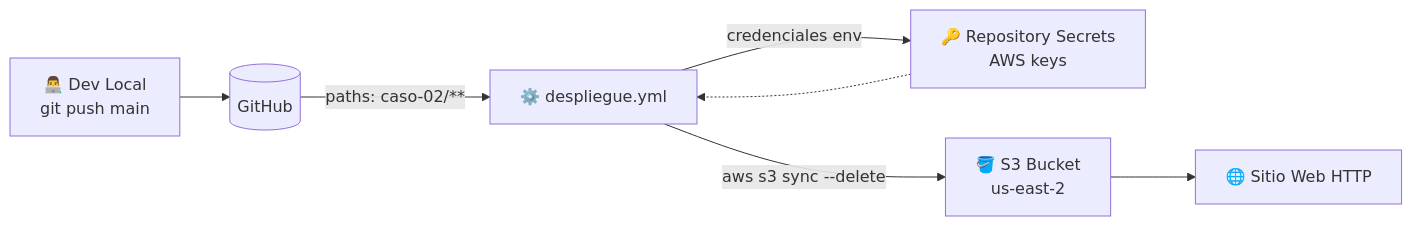
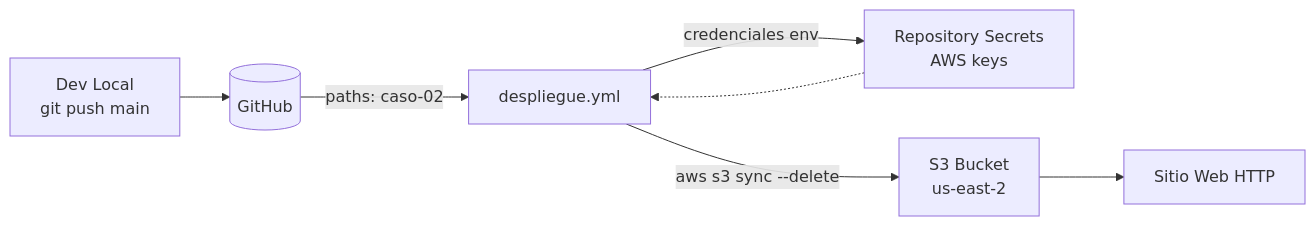
Before and after one commit to vladimiracunadev-create/proyectos-aws: the third of 12 diagrams in README.md, drawn with Mermaid. The commit also changed other lines of this file and 13 other files, not shown here.

First line of the commit message:
fix: corregir diagramas Mermaid + crear AWS_PASO_A_PASO para casos 01 y 02

````diff
--- a/README.md
+++ b/README.md
@@ -125,9 +126,9 @@
 ```mermaid
 flowchart LR
-    DEV[👨‍💻 Dev Local\ngit push main] --> GH[(GitHub)]
-    GH -->|paths: caso-02/**| WF[⚙️ despliegue.yml]
-    WF -->|credenciales env| SEC[🔑 Repository Secrets\nAWS keys]
+    DEV[Dev Local\ngit push main] --> GH[(GitHub)]
+    GH -->|paths: caso-02| WF[despliegue.yml]
+    WF -->|credenciales env| SEC[Repository Secrets\nAWS keys]
     SEC -.-> WF
-    WF -->|aws s3 sync --delete| S3[🪣 S3 Bucket\nus-east-2]
-    S3 --> WEB[🌐 Sitio Web HTTP]
+    WF -->|aws s3 sync --delete| S3[S3 Bucket\nus-east-2]
+    S3 --> WEB[Sitio Web HTTP]
 ```
````
